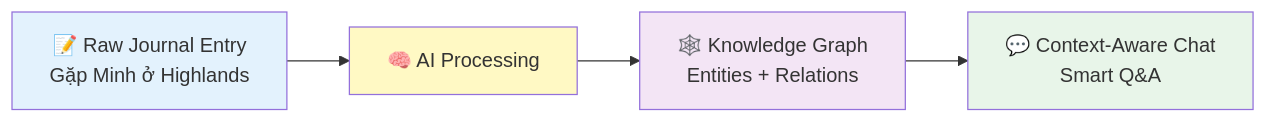
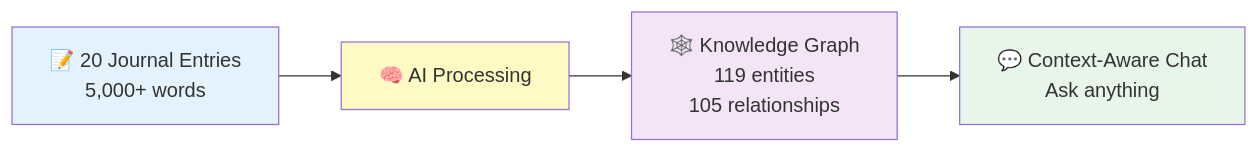
The second of 14 diagrams in docs/99_lesson/PRESENTATION_SLIDES.md (phuc-nt/kioku-ios), drawn with Mermaid before and after one commit. The commit also changed other lines of this file, not shown here.

````diff
--- a/docs/99_lesson/PRESENTATION_SLIDES.md
+++ b/docs/99_lesson/PRESENTATION_SLIDES.md
@@ -63,11 +70,11 @@
 ```mermaid
 graph LR
-    A[📝 Raw Journal Entry<br/>Gặp Minh ở Highlands] --> B[🧠 AI Processing]
-    B --> C[🕸️ Knowledge Graph<br/>Entities + Relations]
-    C --> D[💬 Context-Aware Chat<br/>Smart Q&A]
+    A[📝 20 Journal Entries<br/>5,000+ words] --> B[🧠 AI Processing]
+    B --> C[🕸️ Knowledge Graph<br/>119 entities<br/>105 relationships]
+    C --> D[💬 Context-Aware Chat<br/>Ask anything]
 
     style A fill:#e3f2fd
     style B fill:#fff9c4
     style C fill:#f3e5f5
     style D fill:#e8f5e9
 ```
````
